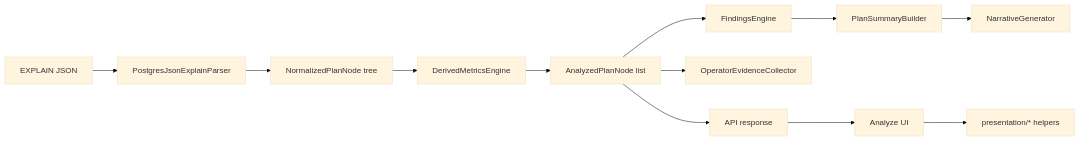
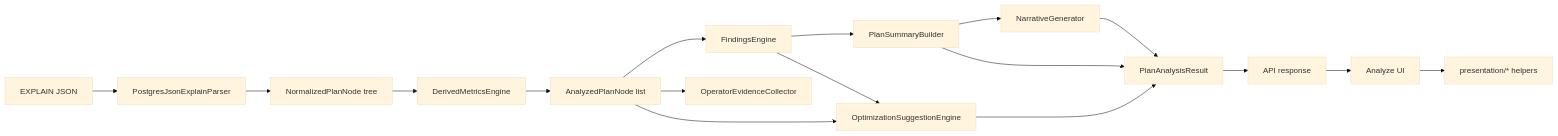
Before and after one commit to sempervent/postgres-query-autopsy-tool: the first of 4 diagrams in docs/architecture.md, drawn with Mermaid (base theme). The commit also changed other lines of this file and 43 other files, not shown here.

````diff
--- a/docs/architecture.md
+++ b/docs/architecture.md
@@ -71,14 +74,19 @@
 ```mermaid
 flowchart LR
   A[EXPLAIN JSON] --> B[PostgresJsonExplainParser]
   B --> C[NormalizedPlanNode tree]
   C --> D[DerivedMetricsEngine]
   D --> E[AnalyzedPlanNode list]
   E --> F[FindingsEngine]
   E --> G[OperatorEvidenceCollector]
   F --> H[PlanSummaryBuilder]
   H --> I[NarrativeGenerator]
-  E --> J[API response]
+  E --> OS[OptimizationSuggestionEngine]
+  F --> OS
+  H --> R[PlanAnalysisResult]
+  I --> R
+  OS --> R
+  R --> J[API response]
   J --> K[Analyze UI]
   K --> L[presentation/* helpers]
 ```
````
